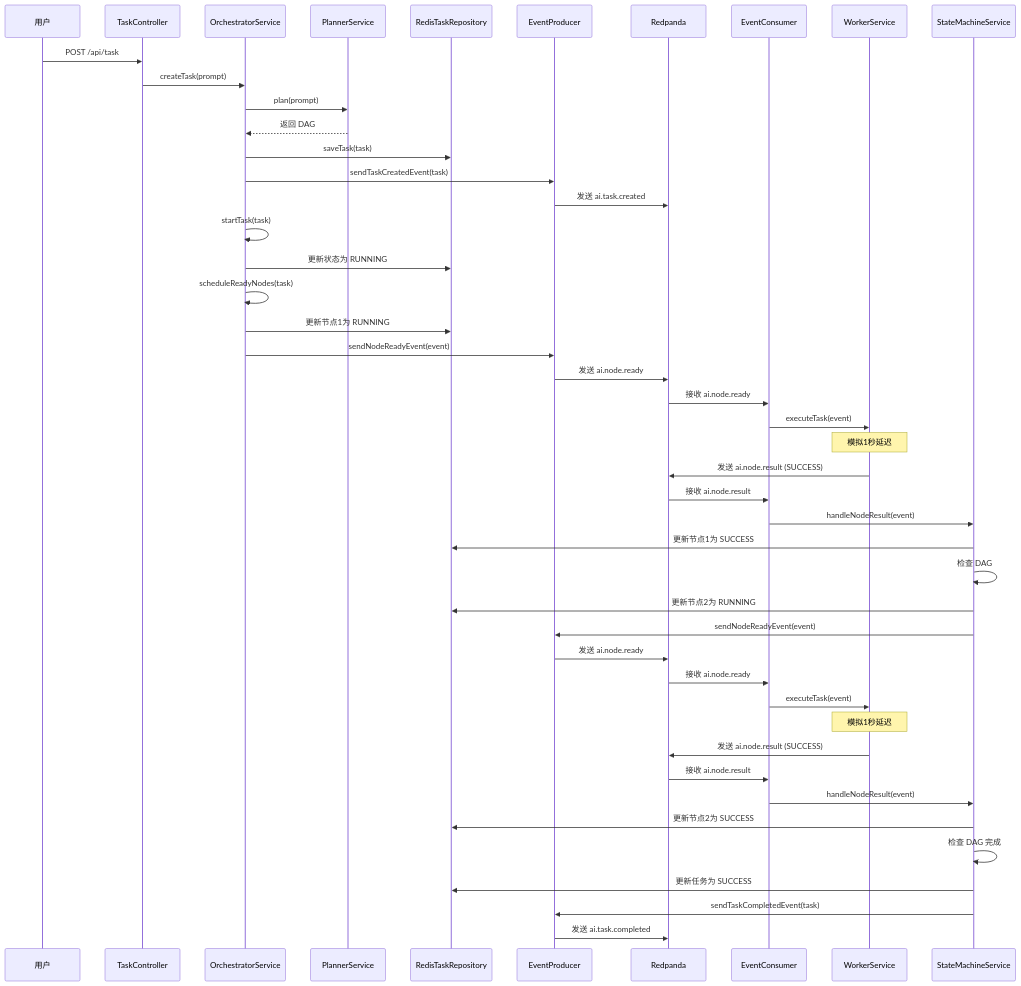
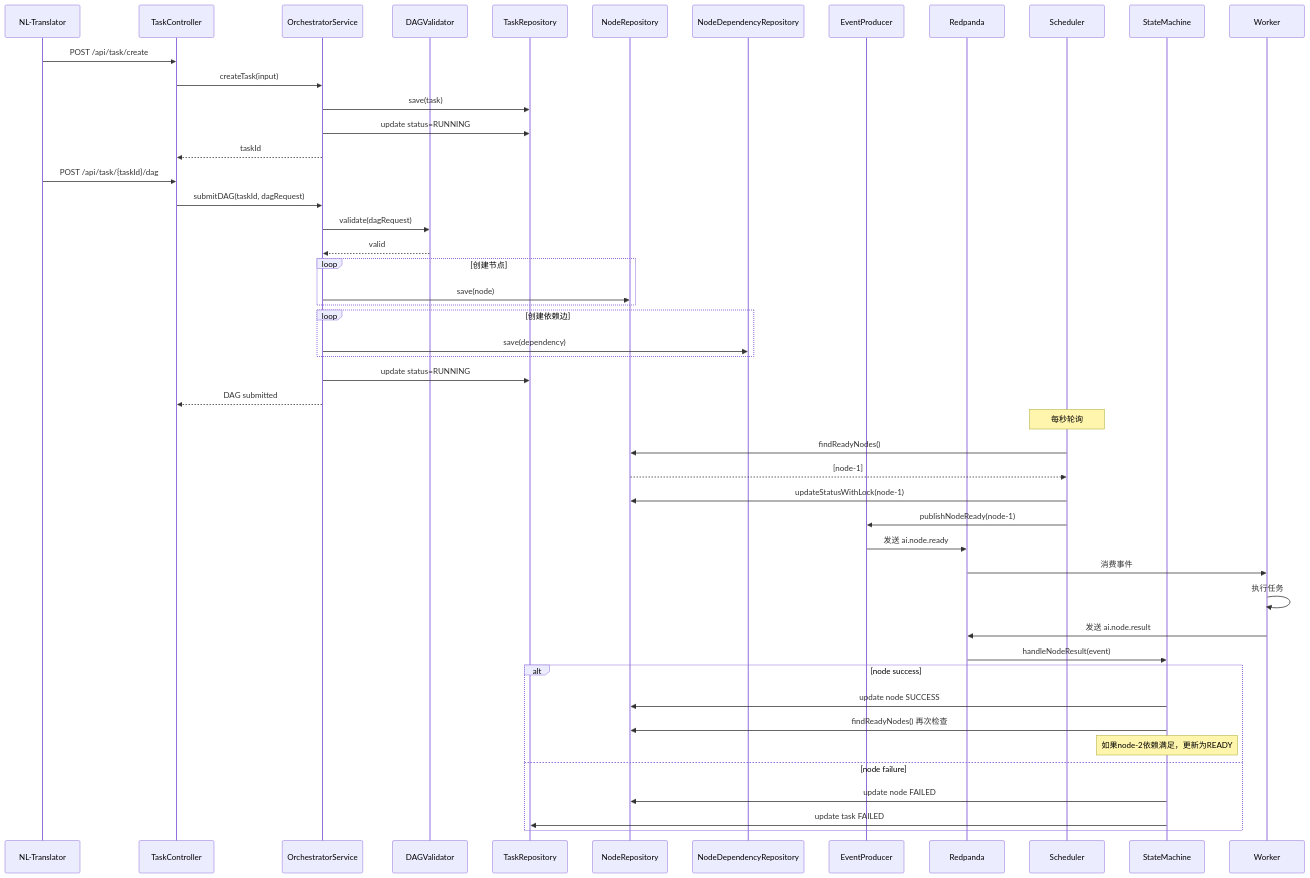
One commit to SUSTechWLA/lingxi-ai-operation-system changed the second of 2 diagrams in docs/guides/ORCHESTRATOR_GUIDE.md. Above: the diagram before and after it, drawn with Mermaid. The commit also changed other lines of this file and 4 other files, not shown here.

````diff
--- a/docs/guides/ORCHESTRATOR_GUIDE.md
+++ b/docs/guides/ORCHESTRATOR_GUIDE.md
@@ -557,53 +432,55 @@
 ```mermaid
 sequenceDiagram
-    participant User as 用户
+    participant NL as NL-Translator
     participant TC as TaskController
     participant OS as OrchestratorService
-    participant PS as PlannerService
-    participant RTR as RedisTaskRepository
+    participant DV as DAGValidator
+    participant TR as TaskRepository
+    participant NR as NodeRepository
+    participant DR as NodeDependencyRepository
     participant EP as EventProducer
     participant RP as Redpanda
-    participant EC as EventConsumer
-    participant WS as WorkerService
-    participant SMS as StateMachineService
+    participant Sch as Scheduler
+    participant SM as StateMachine
+    participant Worker as Worker
 
-    User->>TC: POST /api/task
-    TC->>OS: createTask(prompt)
-    OS->>PS: plan(prompt)
-    PS-->>OS: 返回 DAG
-    OS->>RTR: saveTask(task)
-    OS->>EP: sendTaskCreatedEvent(task)
-    EP->>RP: 发送 ai.task.created
-    OS->>OS: startTask(task)
-    OS->>RTR: 更新状态为 RUNNING
-    OS->>OS: scheduleReadyNodes(task)
-    OS->>RTR: 更新节点1为 RUNNING
-    OS->>EP: sendNodeReadyEvent(event)
+    NL->>TC: POST /api/task/create
+    TC->>OS: createTask(input)
+    OS->>TR: save(task)
+    OS->>TR: update status=RUNNING
+    OS-->>TC: taskId
+
+    NL->>TC: POST /api/task/{taskId}/dag
+    TC->>OS: submitDAG(taskId, dagRequest)
+    OS->>DV: validate(dagRequest)
+    DV-->>OS: valid
+    loop 创建节点
+        OS->>NR: save(node)
+    end
+    loop 创建依赖边
+        OS->>DR: save(dependency)
+    end
+    OS->>TR: update status=RUNNING
+    OS-->>TC: DAG submitted
+
+    Note over Sch: 每秒轮询
+    Sch->>NR: findReadyNodes()
+    NR-->>Sch: [node-1]
+    Sch->>NR: updateStatusWithLock(node-1)
+    Sch->>EP: publishNodeReady(node-1)
     EP->>RP: 发送 ai.node.ready
-    
-    RP->>EC: 接收 ai.node.ready
-    EC->>WS: executeTask(event)
-    Note over WS: 模拟1秒延迟
-    WS->>RP: 发送 ai.node.result (SUCCESS)
-    
-    RP->>EC: 接收 ai.node.result
-    EC->>SMS: handleNodeResult(event)
-    SMS->>RTR: 更新节点1为 SUCCESS
-    SMS->>SMS: 检查 DAG
-    SMS->>RTR: 更新节点2为 RUNNING
-    SMS->>EP: sendNodeReadyEvent(event)
-    EP->>RP: 发送 ai.node.ready
-    
-    RP->>EC: 接收 ai.node.ready
-    EC->>WS: executeTask(event)
-    Note over WS: 模拟1秒延迟
-    WS->>RP: 发送 ai.node.result (SUCCESS)
-    
-    RP->>EC: 接收 ai.node.result
-    EC->>SMS: handleNodeResult(event)
-    SMS->>RTR: 更新节点2为 SUCCESS
-    SMS->>SMS: 检查 DAG 完成
-    SMS->>RTR: 更新任务为 SUCCESS
-    SMS->>EP: sendTaskCompletedEvent(task)
-    EP->>RP: 发送 ai.task.completed
+
+    RP->>Worker: 消费事件
+    Worker->>Worker: 执行任务
+    Worker->>RP: 发送 ai.node.result
+
+    RP->>SM: handleNodeResult(event)
+    alt node success
+        SM->>NR: update node SUCCESS
+        SM->>NR: findReadyNodes() 再次检查
+        Note over SM: 如果node-2依赖满足，更新为READY
+    else node failure
+        SM->>NR: update node FAILED
+        SM->>TR: update task FAILED
+    end
 ```
````
